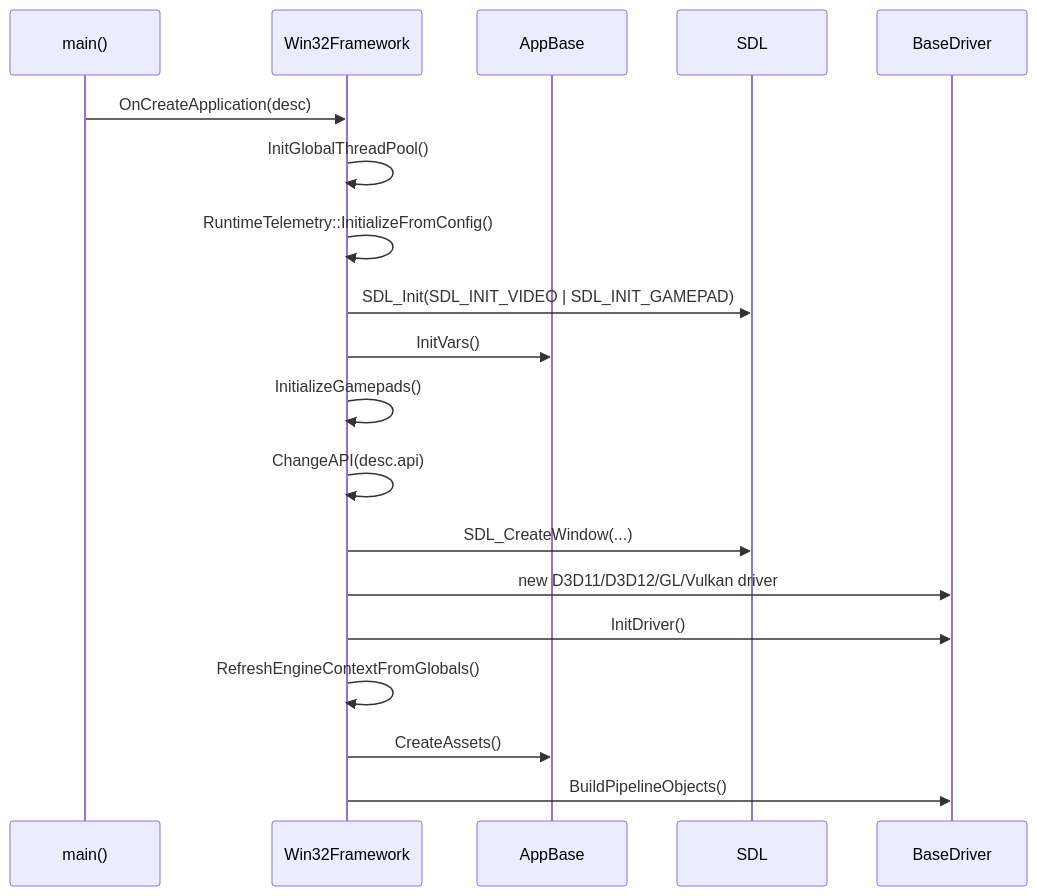
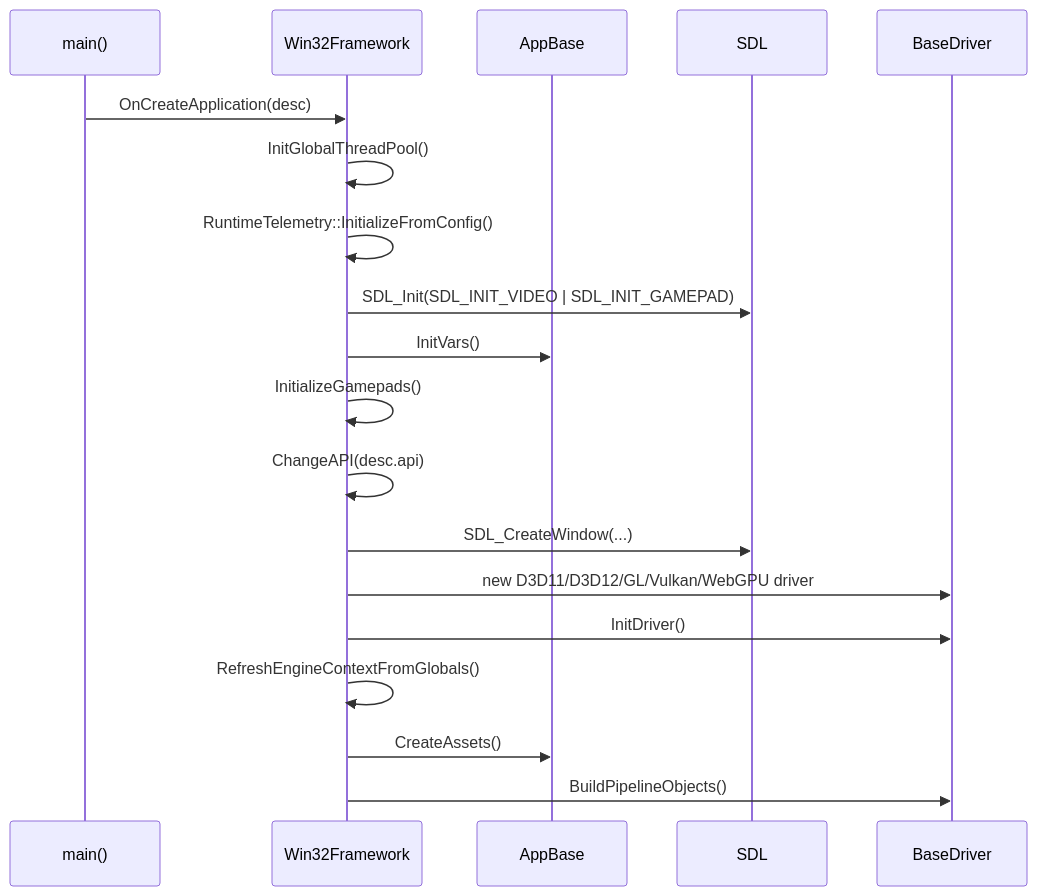
One commit to 0Camus0/T850 changed the second of 11 diagrams in documentation/architecture/platform-event-loop.md. Above: the diagram before and after it, drawn with Mermaid. The commit also changed other lines of this file and 92 other files, not shown here.

````diff
--- a/documentation/architecture/platform-event-loop.md
+++ b/documentation/architecture/platform-event-loop.md
@@ -50,22 +50,22 @@
 ```mermaid
 sequenceDiagram
   participant Main as main()
   participant FW as Win32Framework
   participant App as AppBase
   participant SDL as SDL
   participant Driver as BaseDriver
 
   Main->>FW: OnCreateApplication(desc)
   FW->>FW: InitGlobalThreadPool()
   FW->>FW: RuntimeTelemetry::InitializeFromConfig()
   FW->>SDL: SDL_Init(SDL_INIT_VIDEO | SDL_INIT_GAMEPAD)
   FW->>App: InitVars()
   FW->>FW: InitializeGamepads()
   FW->>FW: ChangeAPI(desc.api)
   FW->>SDL: SDL_CreateWindow(...)
-  FW->>Driver: new D3D11/D3D12/GL/Vulkan driver
+  FW->>Driver: new D3D11/D3D12/GL/Vulkan/WebGPU driver
   FW->>Driver: InitDriver()
   FW->>FW: RefreshEngineContextFromGlobals()
   FW->>App: CreateAssets()
   FW->>Driver: BuildPipelineObjects()
 ```
````
